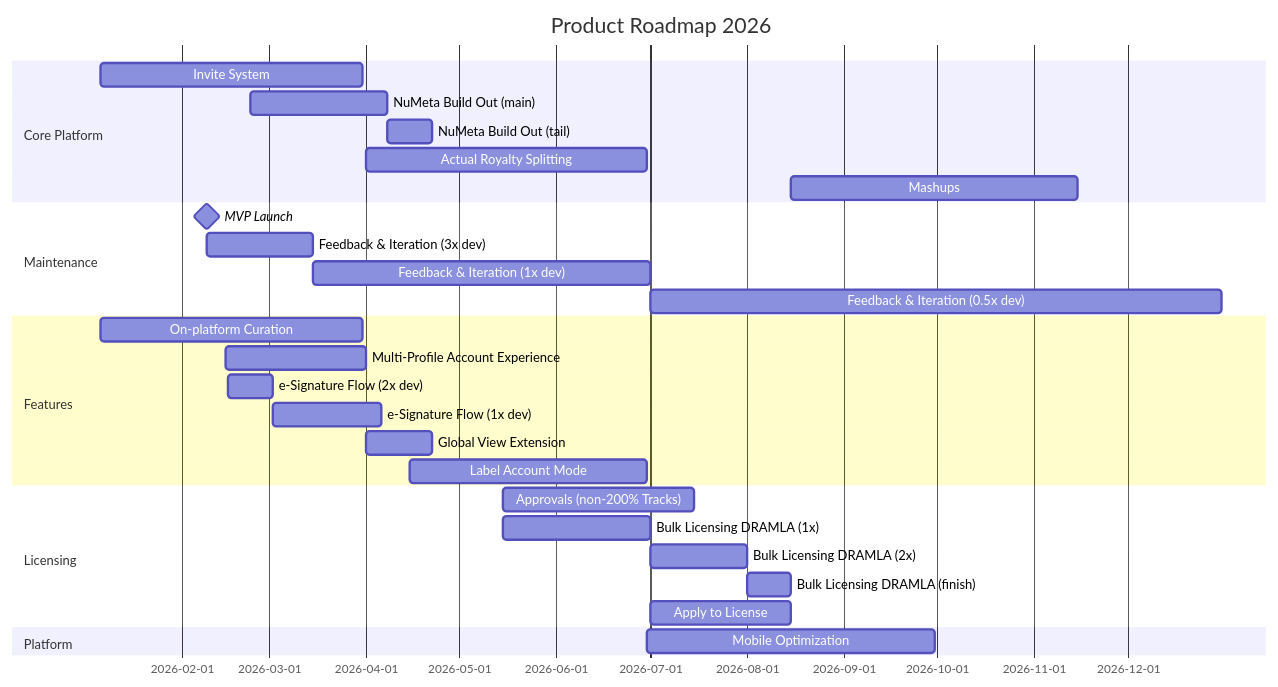
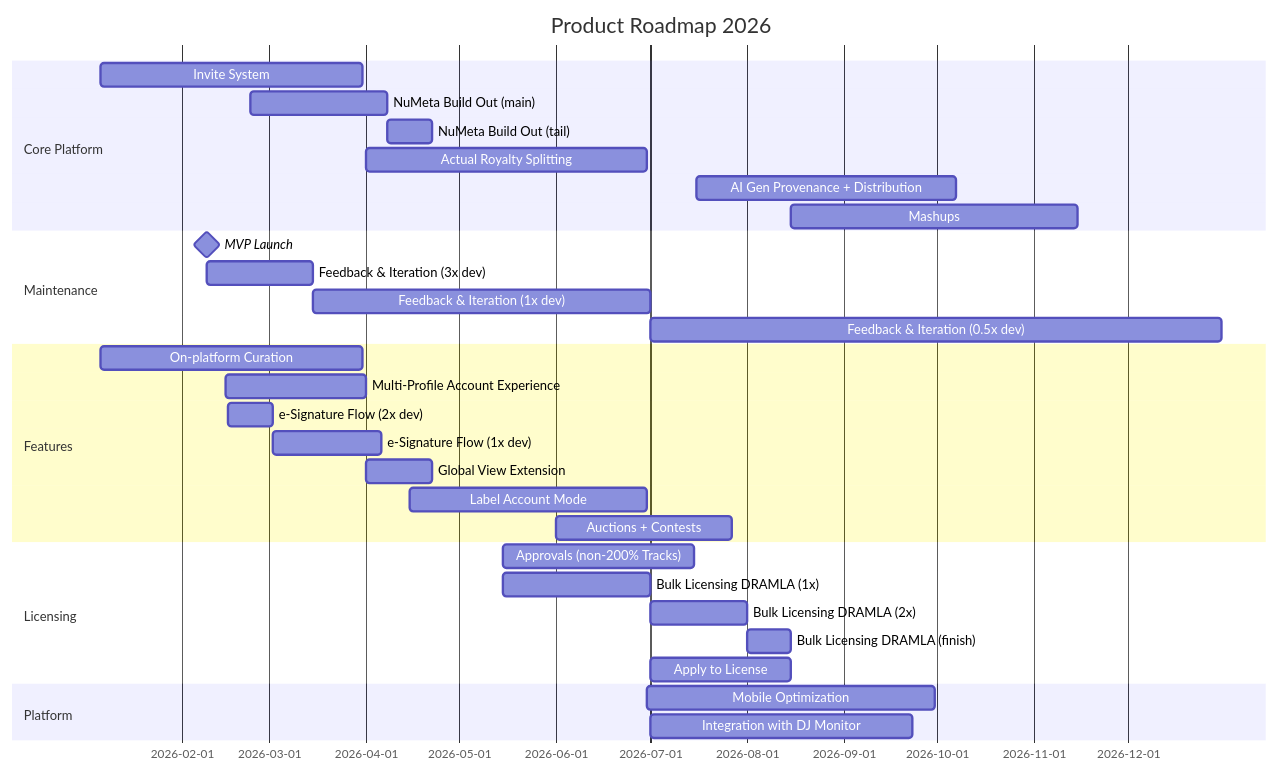
The diagram in roadmap.md (ARC-H1VE/vers1ons-roadmap), drawn with Mermaid before and after one commit. The commit also changed other lines of this file and 1 other file, not shown here.

First line of the commit message:
Add three new features to roadmap

````diff
--- a/roadmap.md
+++ b/roadmap.md
@@ -101,36 +110,39 @@
 ```mermaid
 gantt
     title Product Roadmap 2026
     dateFormat YYYY-MM-DD
 
     section Core Platform
     Invite System                    :2026-01-06, 2026-03-31
     NuMeta Build Out (main)          :2026-02-23, 2026-04-08
     NuMeta Build Out (tail)          :2026-04-08, 2026-04-22
     Actual Royalty Splitting         :2026-04-01, 2026-06-30
+    AI Gen Provenance + Distribution :2026-07-16, 2026-10-07
     Mashups                          :2026-08-15, 2026-11-15
 
     section Maintenance
     MVP Launch                       :milestone, 2026-02-09, 0d
     Feedback & Iteration (3x dev)    :2026-02-09, 2026-03-15
     Feedback & Iteration (1x dev)    :2026-03-15, 2026-07-01
     Feedback & Iteration (0.5x dev)  :2026-07-01, 2026-12-31
 
     section Features
     On-platform Curation             :2026-01-06, 2026-03-31
     Multi-Profile Account Experience :2026-02-15, 2026-04-01
     e-Signature Flow (2x dev)        :2026-02-16, 2026-03-02
     e-Signature Flow (1x dev)        :2026-03-02, 2026-04-06
     Global View Extension            :2026-04-01, 2026-04-22
     Label Account Mode               :2026-04-15, 2026-06-30
+    Auctions + Contests              :2026-06-01, 2026-07-27
 
     section Licensing
     Approvals (non-200% Tracks)      :2026-05-15, 2026-07-15
     Bulk Licensing DRAMLA (1x)       :2026-05-15, 2026-07-01
     Bulk Licensing DRAMLA (2x)       :2026-07-01, 2026-08-01
     Bulk Licensing DRAMLA (finish)   :2026-08-01, 2026-08-15
     Apply to License                 :2026-07-01, 2026-08-15
 
     section Platform
     Mobile Optimization              :2026-06-30, 2026-09-30
+    Integration with DJ Monitor      :2026-07-01, 2026-09-23
 ```
````
